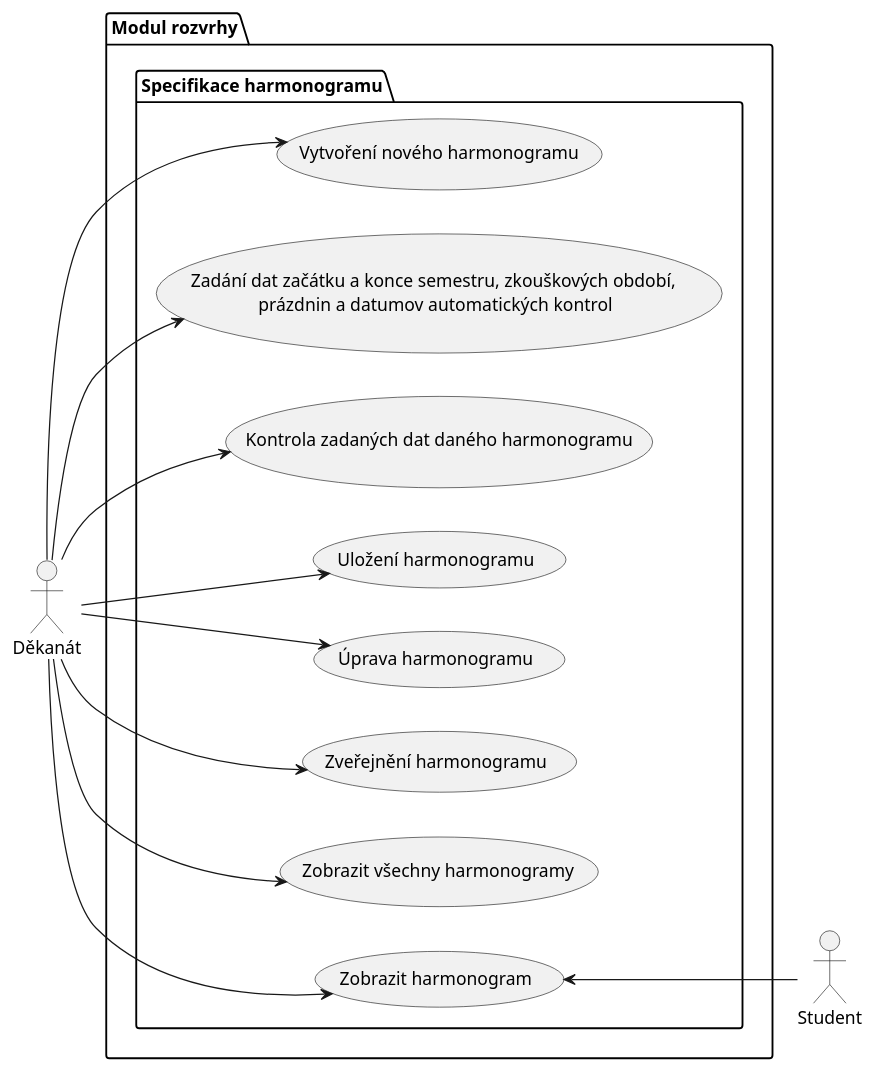
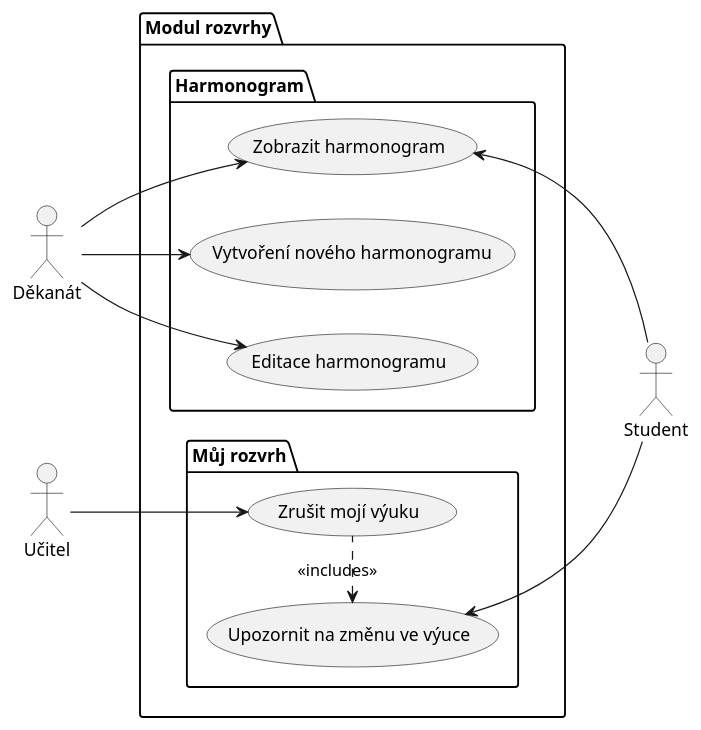
The second of 9 diagrams in seminar-work-template.md (Cross-bit/NSWI041), drawn with PlantUML before and after one commit. The commit also changed other lines of this file, not shown here.

````diff
--- a/seminar-work-template.md
+++ b/seminar-work-template.md
@@ -199,33 +306,31 @@
 ```plantuml
 @startuml
 left to right direction
 
-actor "Děkanát" as Dekanat
-actor "Student" as Student
+actor Děkanát
+actor Student
 
 package "Modul rozvrhy" {
-  package "Specifikace harmonogramu" {
+  package "Harmonogram" {
     usecase "Vytvoření nového harmonogramu" as UC1
-    usecase "Zadání dat začátku a konce semestru, zkouškových období, \nprázdnin a datumov automatických kontrol" as UC2
-    usecase "Kontrola zadaných dat daného harmonogramu" as UC3
-    usecase "Uložení harmonogramu" as UC4
-    usecase "Úprava harmonogramu" as UC5
-    usecase "Zveřejnění harmonogramu" as UC6
-    usecase "Zobrazit všechny harmonogramy" as UC7
-    usecase "Zobrazit harmonogram" as UC8
+    usecase "Editace harmonogramu" as UC2
+    usecase "Zobrazit harmonogram" as UC7
+  }
+  Package "Můj rozvrh" {
+    usecase "Zrušit mojí výuku" as UCMR1
+    usecase "Upozornit na změnu ve výuce" as UCMR2
   }
 }
 
-Dekanat --> UC1
-Dekanat --> UC2
-Dekanat --> UC3
-Dekanat --> UC4
-Dekanat --> UC5
-Dekanat --> UC6
-Dekanat --> UC7
-Dekanat --> UC8
+Děkanát --> UC1
+Děkanát --> UC2
+Děkanát --> UC7
+Učitel --> UCMR1
 
-UC8 <-- Student
+UCMR2 <-- Student
 
+UC7 <-- Student
+
+UCMR1 .left.> UCMR2 : << includes >>
 @enduml
 ```
````
